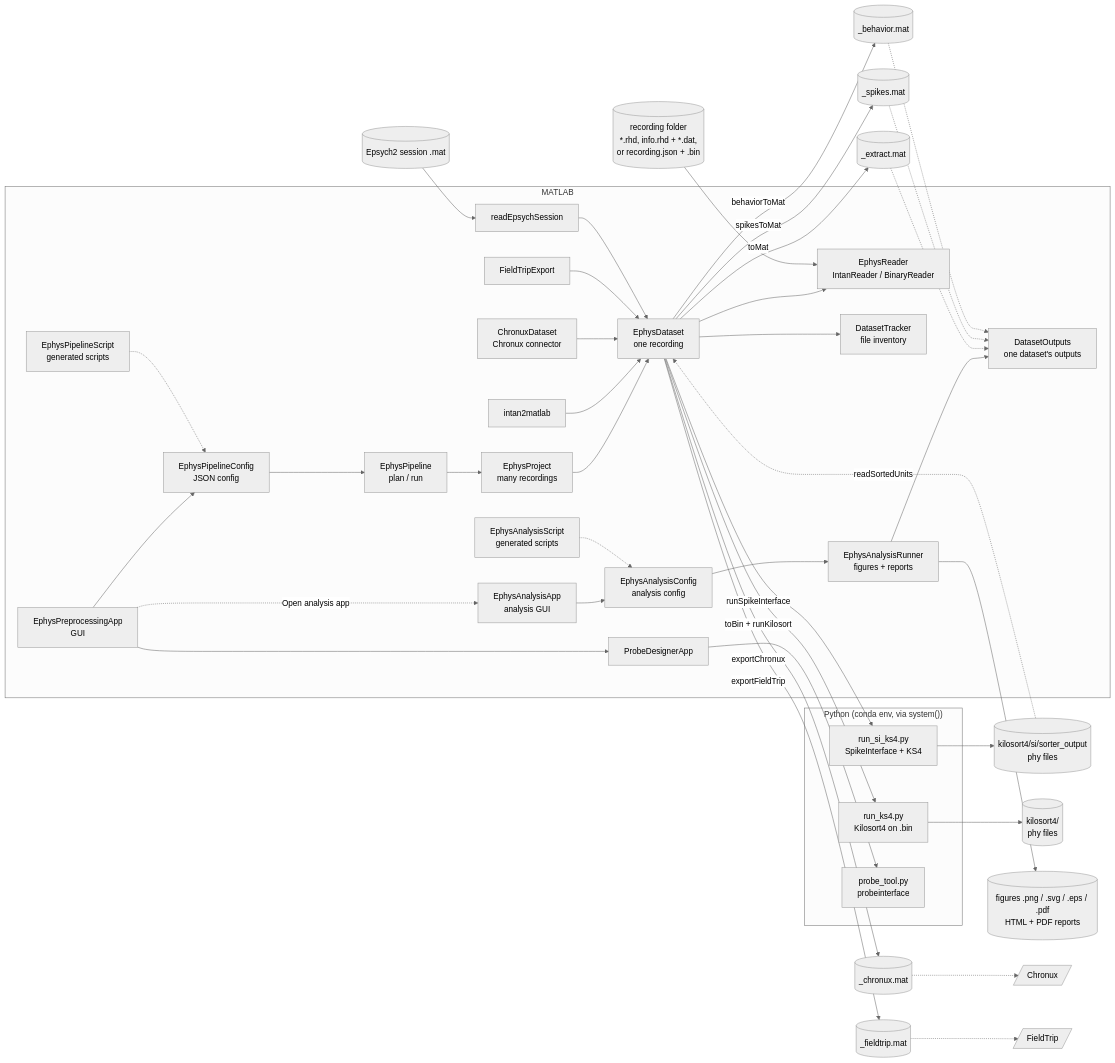
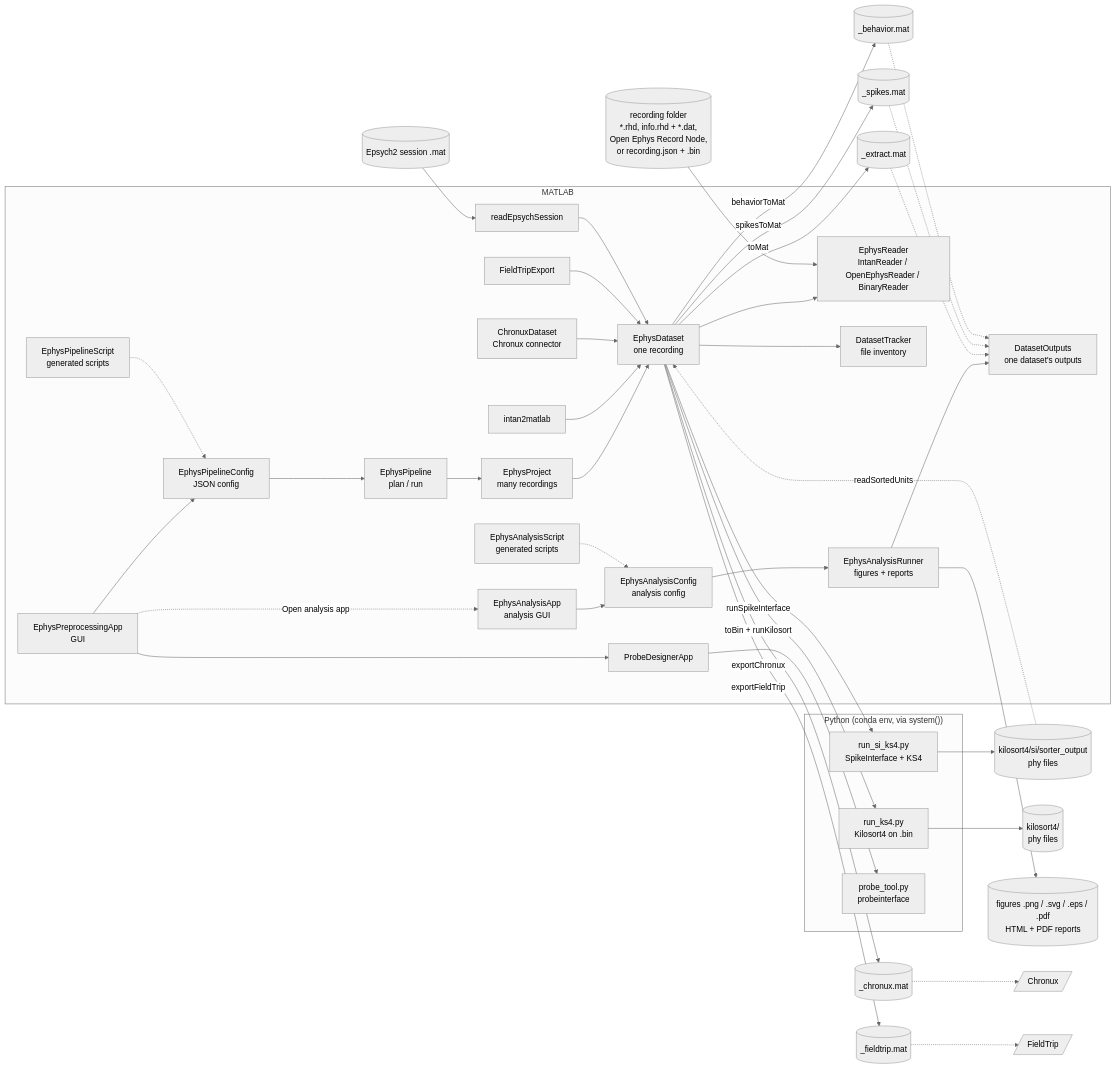
Before and after one commit to dstolz/ephys_analysis: the diagram in documentation/README.md, drawn with Mermaid (neutral theme). The commit also changed other lines of this file and 13 other files, not shown here.

First line of the commit message:
Comprehensive documentation updates for Open Ephys

````diff
--- a/documentation/README.md
+++ b/documentation/README.md
@@ -47,46 +49,46 @@
 ```mermaid
 flowchart LR
     subgraph MATLAB
         APP[EphysPreprocessingApp<br/>GUI] --> CFG[EphysPipelineConfig<br/>JSON config]
         CFG --> PIPE[EphysPipeline<br/>plan / run]
         SCR[EphysPipelineScript<br/>generated scripts] -.-> CFG
         APP --> PDA[ProbeDesignerApp]
         PIPE --> PRJ[EphysProject<br/>many recordings]
         PRJ --> DS[EphysDataset<br/>one recording]
-        DS --> RD[EphysReader<br/>IntanReader / BinaryReader]
+        DS --> RD[EphysReader<br/>IntanReader / OpenEphysReader / BinaryReader]
         DS --> DT[DatasetTracker<br/>file inventory]
         I2M[intan2matlab] --> DS
         CX[ChronuxDataset<br/>Chronux connector] --> DS
         FT[FieldTripExport] --> DS
         EP[readEpsychSession] --> DS
         ANA[EphysAnalysisApp<br/>analysis GUI] --> ACFG[EphysAnalysisConfig<br/>analysis config]
         ACFG --> ARUN[EphysAnalysisRunner<br/>figures + reports]
         ASCR[EphysAnalysisScript<br/>generated scripts] -.-> ACFG
         ARUN --> DOUT[DatasetOutputs<br/>one dataset's outputs]
         APP -. Open analysis app .-> ANA
     end
     subgraph Python["Python (conda env, via system())"]
         SI[run_si_ks4.py<br/>SpikeInterface + KS4]
         KS[run_ks4.py<br/>Kilosort4 on .bin]
         PT[probe_tool.py<br/>probeinterface]
     end
-    RAW[(recording folder<br/>*.rhd, info.rhd + *.dat,<br/>or recording.json + .bin)] --> RD
+    RAW[(recording folder<br/>*.rhd, info.rhd + *.dat,<br/>Open Ephys Record Node,<br/>or recording.json + .bin)] --> RD
     BEH[(Epsych2 session .mat)] --> EP
     DS -- runSpikeInterface --> SI
     DS -- toBin + runKilosort --> KS
     PDA --> PT
     SI --> OUT[(kilosort4/si/sorter_output<br/>phy files)]
     KS --> OUT2[(kilosort4/<br/>phy files)]
     OUT -. readSortedUnits .-> DS
     DS -- toMat --> MAT[(_extract.mat)]
     DS -- spikesToMat --> SPK[(_spikes.mat)]
     DS -- behaviorToMat --> BMAT[(_behavior.mat)]
     DS -- exportChronux --> CHX[(_chronux.mat)]
     DS -- exportFieldTrip --> FTX[(_fieldtrip.mat)]
     MAT -.-> DOUT
     SPK -.-> DOUT
     BMAT -.-> DOUT
     ARUN --> FIGS[(figures .png / .svg / .eps / .pdf<br/>HTML + PDF reports)]
     CHX -.-> CHRONUX[/Chronux/]
     FTX -.-> FIELDTRIP[/FieldTrip/]
 ```
````
